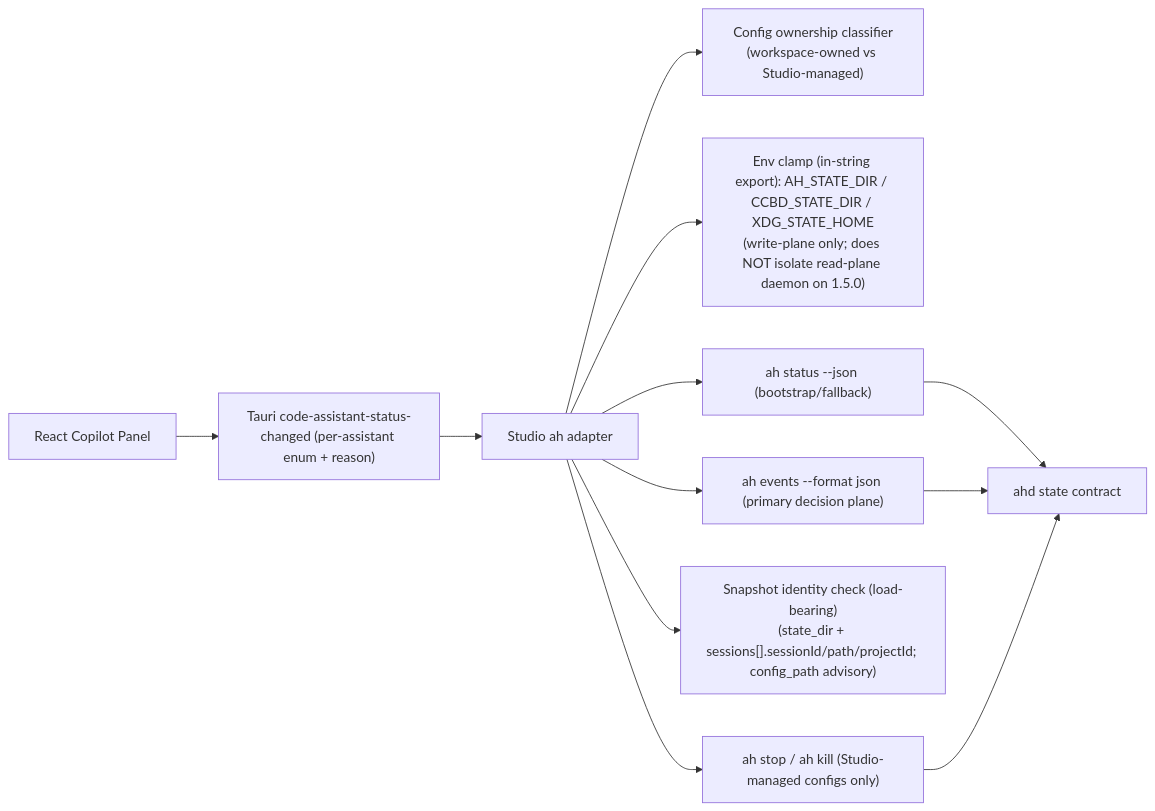
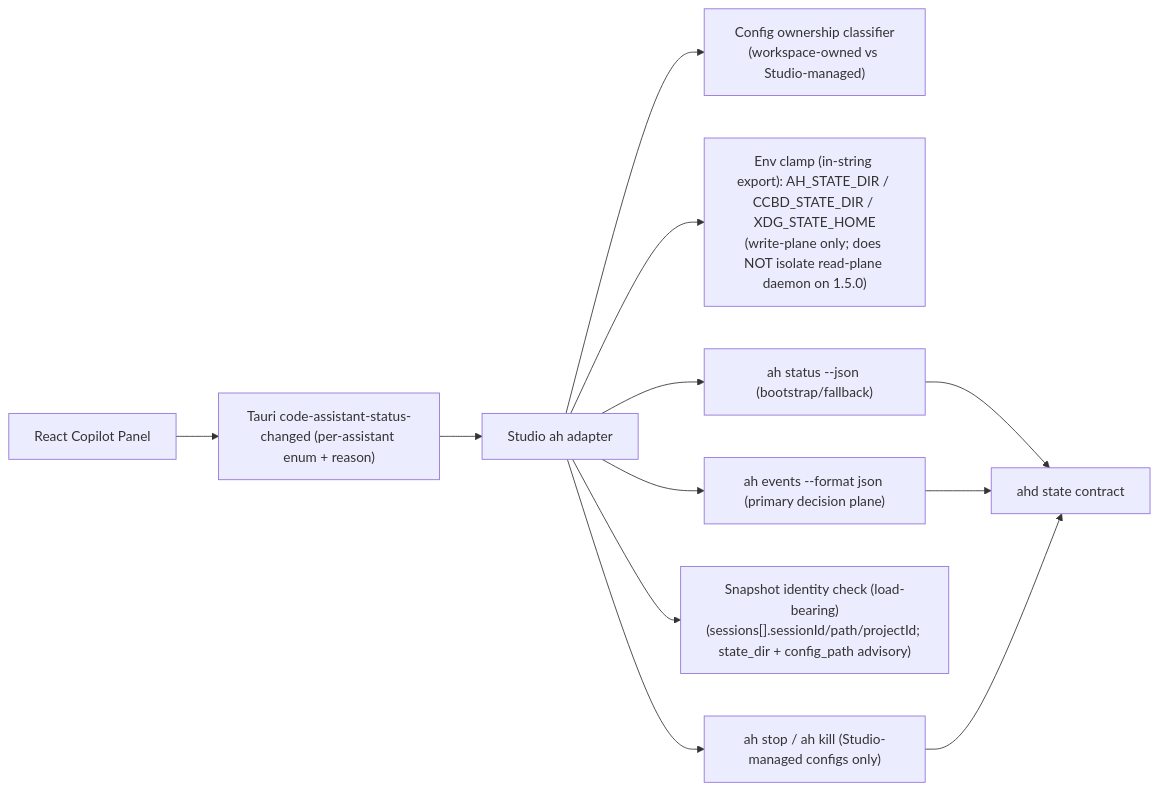
The first of 4 diagrams in .kiro/specs/studio-ah-state-contract-v1/design.md (SevenX77/agent-harness), drawn with Mermaid before and after one commit. The commit also changed other lines of this file and 5 other files, not shown here.

First line of the commit message:
fix(studio): anchor snapshot identity on what the requester can predict (#598)

````diff
--- a/.kiro/specs/studio-ah-state-contract-v1/design.md
+++ b/.kiro/specs/studio-ah-state-contract-v1/design.md
@@ -58,14 +58,14 @@
 ```mermaid
 flowchart LR
   UI["React Copilot Panel"] --> EVT["Tauri code-assistant-status-changed (per-assistant enum + reason)"]
   EVT --> ADAPTER["Studio ah adapter"]
   ADAPTER --> OWN["Config ownership classifier\n(workspace-owned vs Studio-managed)"]
   ADAPTER --> ENV["Env clamp (in-string export): AH_STATE_DIR / CCBD_STATE_DIR / XDG_STATE_HOME\n(write-plane only; does NOT isolate read-plane daemon on 1.5.0)"]
   ADAPTER --> STATUS["ah status --json (bootstrap/fallback)"]
   ADAPTER --> EVENTS["ah events --format json (primary decision plane)"]
-  ADAPTER --> IDCHECK["Snapshot identity check (load-bearing)\n(state_dir + sessions[].sessionId/path/projectId; config_path advisory)"]
+  ADAPTER --> IDCHECK["Snapshot identity check (load-bearing)\n(sessions[].sessionId/path/projectId; state_dir + config_path advisory)"]
   ADAPTER --> CLOSE["ah stop / ah kill (Studio-managed configs only)"]
   STATUS --> AHD["ahd state contract"]
   EVENTS --> AHD
   CLOSE --> AHD
 ```
````
